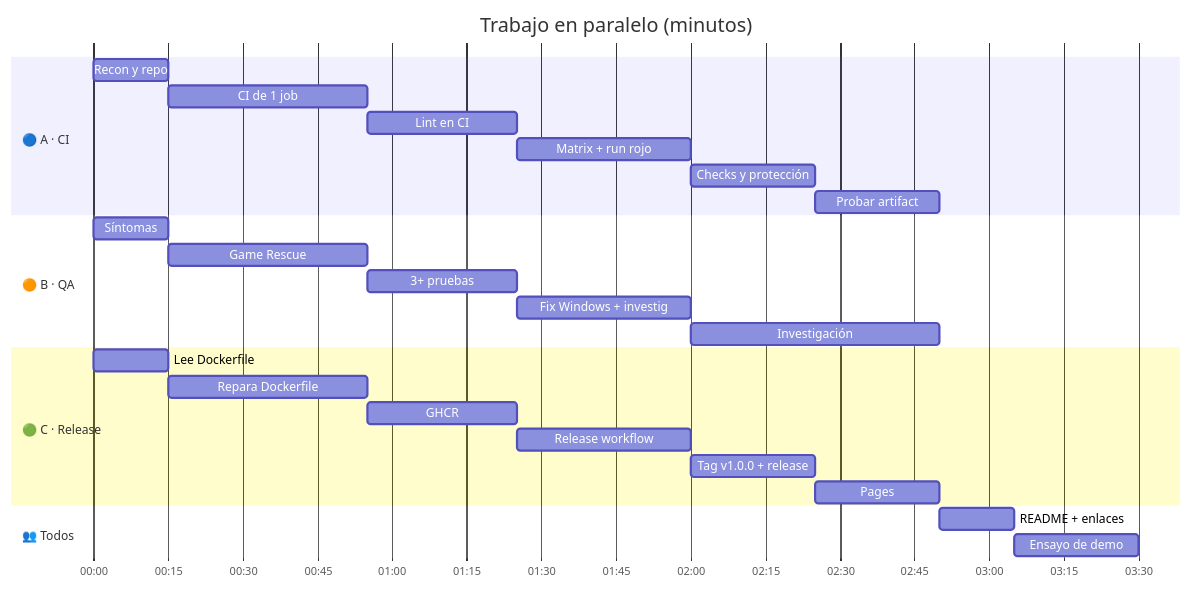
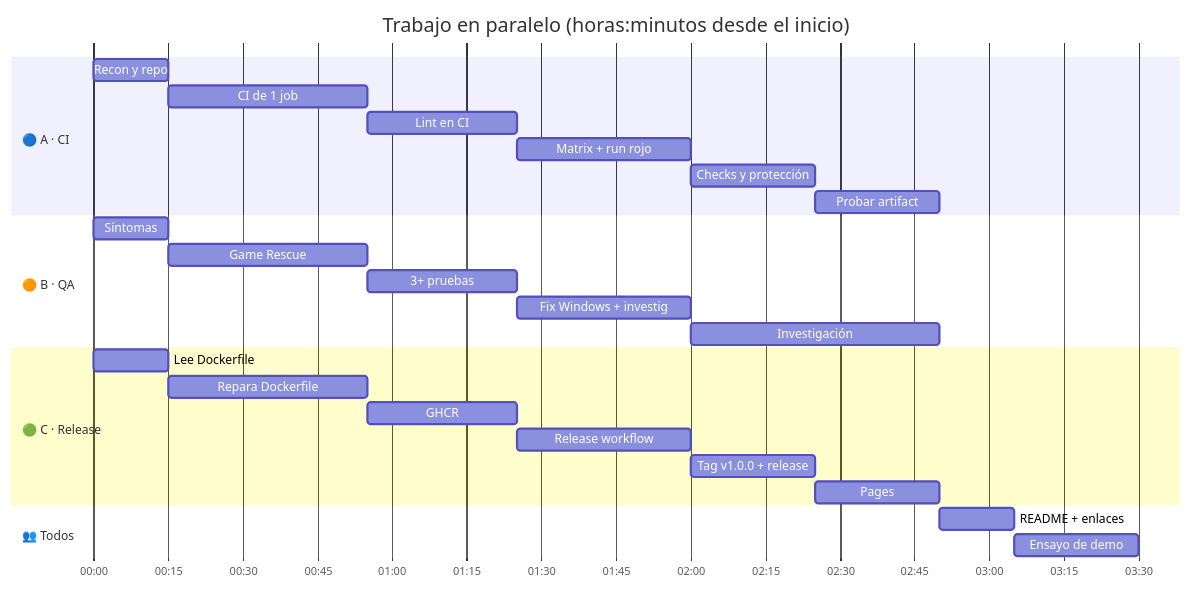
One commit to AxorXT/arcade-rescue-herencia changed the diagram in docs/PLAN.md. Above: the diagram before and after it, drawn with Mermaid. The commit also changed other lines of this file, not shown here.

````diff
--- a/docs/PLAN.md
+++ b/docs/PLAN.md
@@ -35,29 +76,29 @@
 ```mermaid
 gantt
     dateFormat  YYYY-MM-DD HH:mm
     axisFormat  %H:%M
-    title Trabajo en paralelo (minutos)
+    title Trabajo en paralelo (horas:minutos desde el inicio)
     section 🔵 A · CI
     Recon y repo           :a1, 2026-01-01 00:00, 15m
     CI de 1 job            :a2, 2026-01-01 00:15, 40m
     Lint en CI             :a3, 2026-01-01 00:55, 30m
     Matrix + run rojo      :a4, 2026-01-01 01:25, 35m
     Checks y protección    :a5, 2026-01-01 02:00, 25m
     Probar artifact        :a6, 2026-01-01 02:25, 25m
     section 🟠 B · QA
     Síntomas               :b1, 2026-01-01 00:00, 15m
     Game Rescue            :b2, 2026-01-01 00:15, 40m
     3+ pruebas             :b3, 2026-01-01 00:55, 30m
     Fix Windows + investig :b4, 2026-01-01 01:25, 35m
     Investigación          :b5, 2026-01-01 02:00, 50m
     section 🟢 C · Release
     Lee Dockerfile         :c1, 2026-01-01 00:00, 15m
     Repara Dockerfile      :c2, 2026-01-01 00:15, 40m
     GHCR                   :c3, 2026-01-01 00:55, 30m
     Release workflow       :c4, 2026-01-01 01:25, 35m
     Tag v1.0.0 + release   :c5, 2026-01-01 02:00, 25m
     Pages                  :c6, 2026-01-01 02:25, 25m
     section 👥 Todos
     README + enlaces       :t1, 2026-01-01 02:50, 15m
     Ensayo de demo         :t2, 2026-01-01 03:05, 25m
 ```
````
